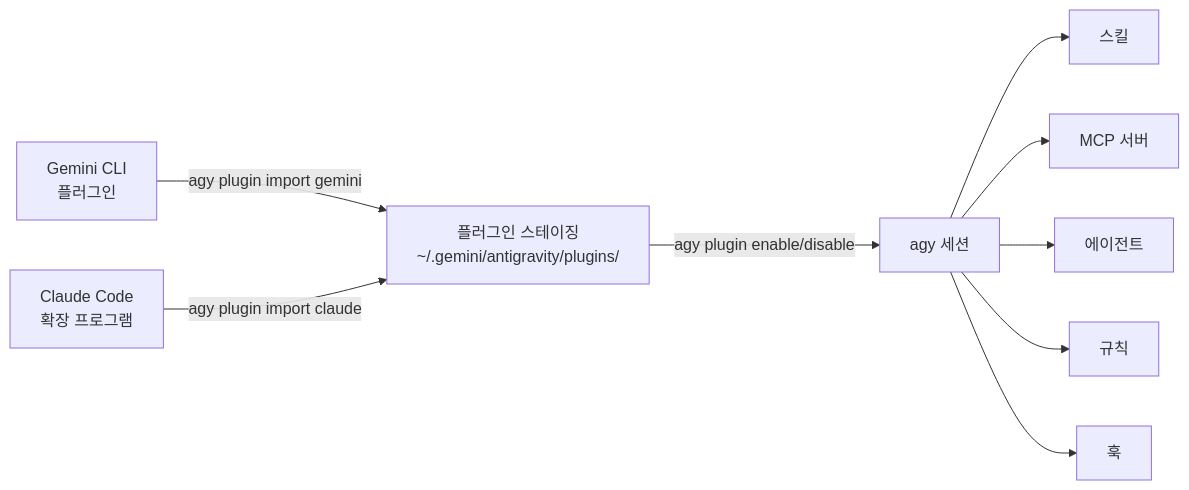
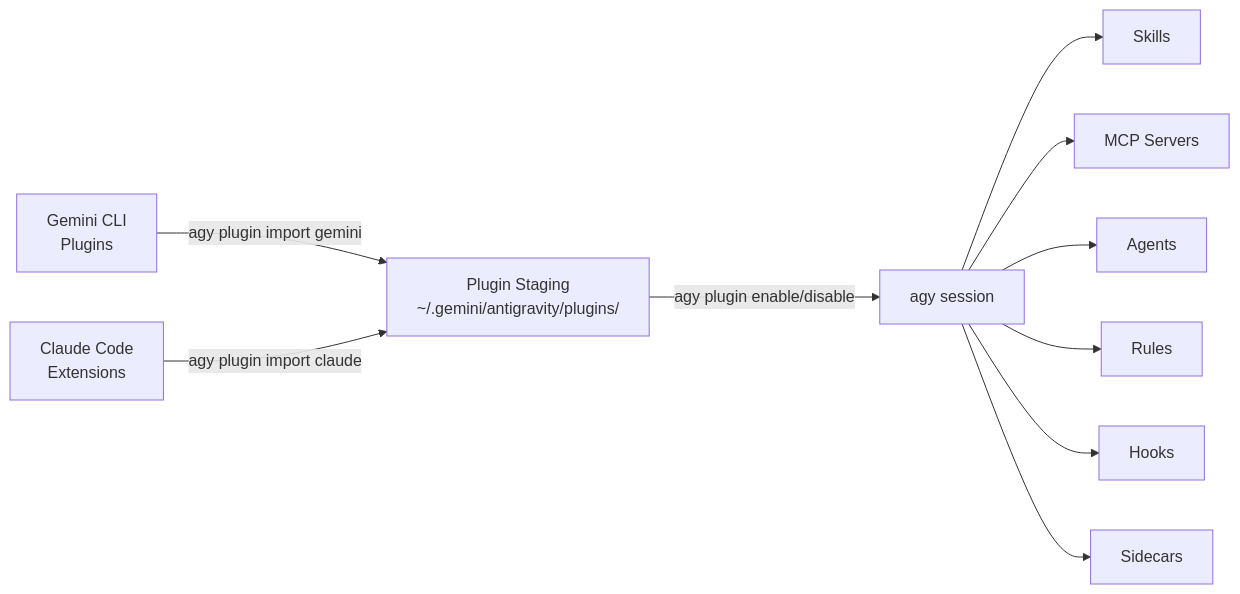
The diagram in docs/ko/plugin-ecosystem.md (carlosmscabral/agy-cli-field-workshop), drawn with Mermaid before and after one commit. The commit also changed other lines of this file and 16 other files, not shown here.

````diff
--- a/docs/ko/plugin-ecosystem.md
+++ b/docs/ko/plugin-ecosystem.md
@@ -195,11 +192,12 @@
 ```mermaid
 graph LR
-    GC["Gemini CLI\n플러그인"] -->|agy plugin import gemini| S["플러그인 스테이징\n~/.gemini/antigravity/plugins/"]
-    CC["Claude Code\n확장 프로그램"] -->|agy plugin import claude| S
-    S -->|agy plugin enable/disable| A[agy 세션]
-    A --> SK[스킬]
-    A --> MCP[MCP 서버]
-    A --> AG[에이전트]
-    A --> RU[규칙]
-    A --> HK[훅]
+    GC["Gemini CLI\nPlugins"] --> |agy plugin import gemini| S["Plugin Staging\n~/.gemini/antigravity/plugins/"]
+    CC["Claude Code\nExtensions"] --> |agy plugin import claude| S
+    S --> |agy plugin enable/disable| A[agy session]
+    A --> SK[Skills]
+    A --> MCP[MCP Servers]
+    A --> AG[Agents]
+    A --> RU[Rules]
+    A --> HK[Hooks]
+    A --> SD[Sidecars]
 ```
````
